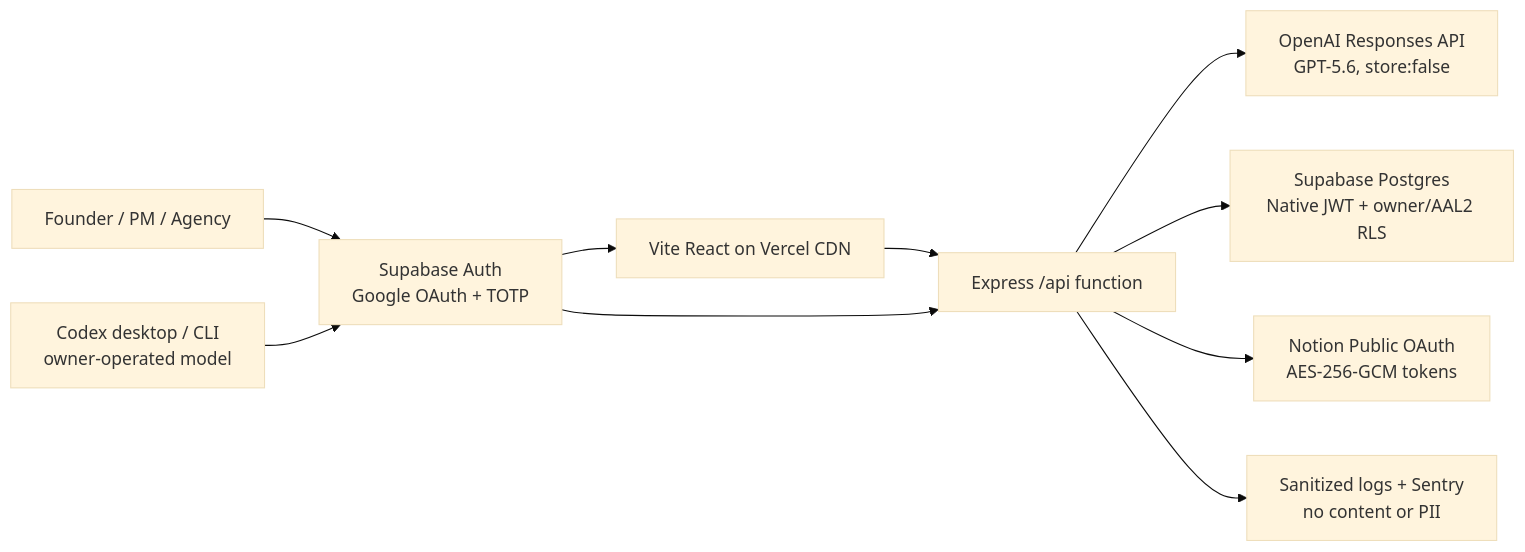
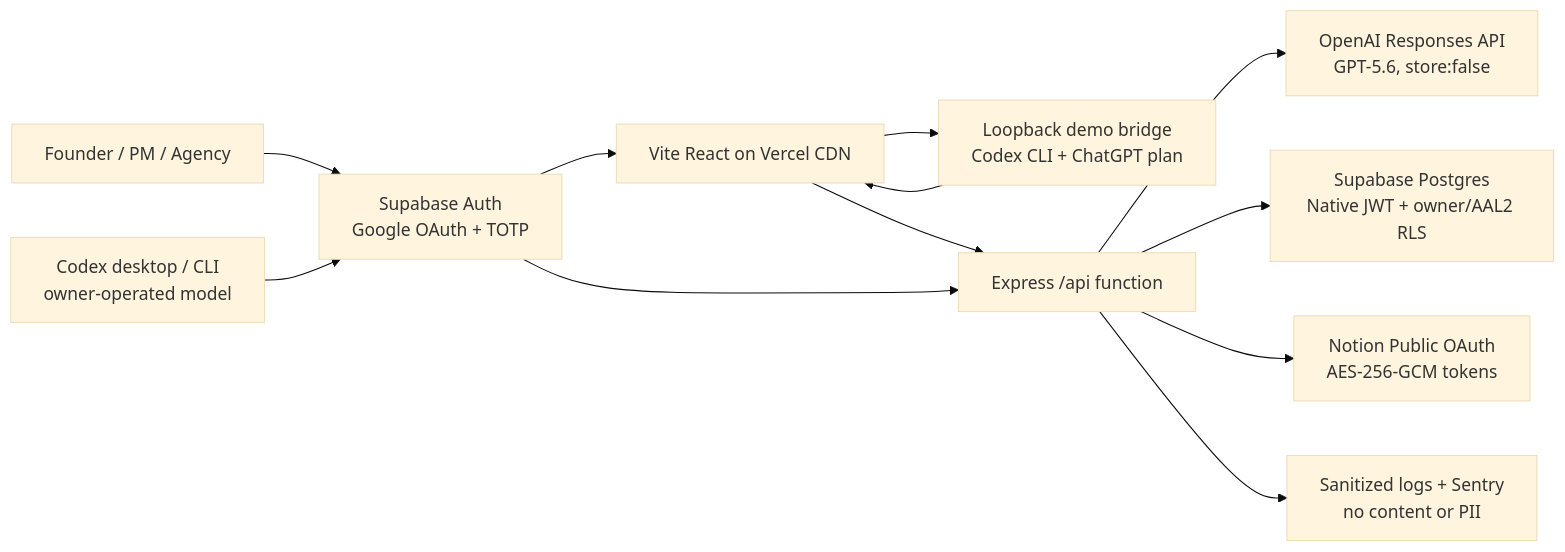
The diagram in README.md (Z2ZATL/lumixia-brief), drawn with Mermaid (base theme) before and after one commit. The commit also changed other lines of this file and 40 other files, not shown here.

First line of the commit message:
feat: add owner-operated Codex interview bridge

````diff
--- a/README.md
+++ b/README.md
@@ -24,12 +24,14 @@
 ```mermaid
 flowchart LR
   U["Founder / PM / Agency"] --> C["Supabase Auth\nGoogle OAuth + TOTP"]
   X["Codex desktop / CLI\nowner-operated model"] --> C
   C --> V["Vite React on Vercel CDN"]
+  V --> L["Loopback demo bridge\nCodex CLI + ChatGPT plan"]
+  L --> V
   V --> E["Express /api function"]
   C --> E
   E --> O["OpenAI Responses API\nGPT-5.6, store:false"]
   E --> S["Supabase Postgres\nNative JWT + owner/AAL2 RLS"]
   E --> N["Notion Public OAuth\nAES-256-GCM tokens"]
   E --> M["Sanitized logs + Sentry\nno content or PII"]
 ```
````
